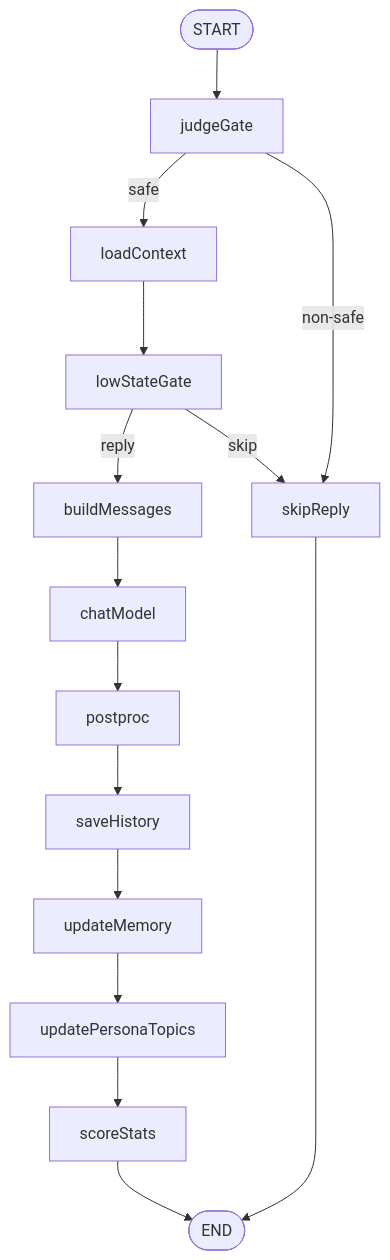
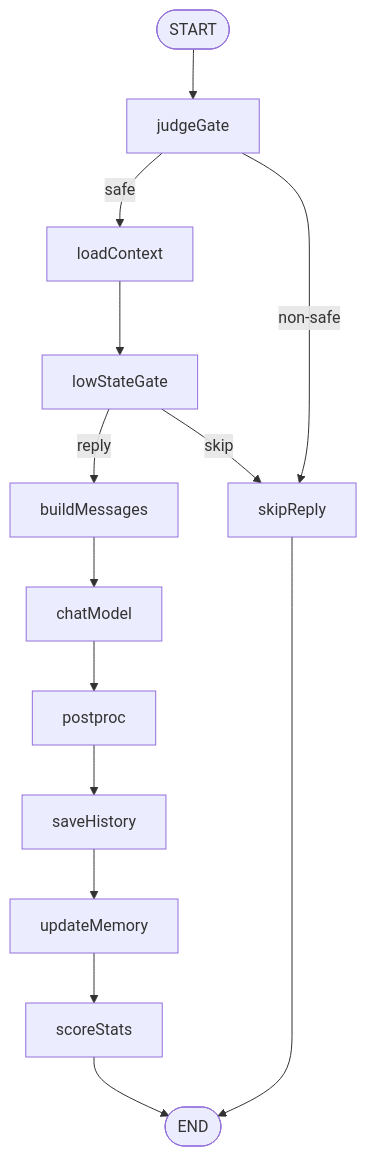
Before and after one commit to CoucouMonEcho/llm-bot: the second of 2 diagrams in README.md, drawn with Mermaid. The commit also changed other lines of this file and 44 other files, not shown here.

````diff
--- a/README.md
+++ b/README.md
@@ -34,14 +34,14 @@
 ```mermaid
 flowchart TD
     START([START]) --> judgeGate
     judgeGate -- safe --> loadContext
     judgeGate -- "non-safe" --> skipReply
     loadContext --> lowStateGate
     lowStateGate -- reply --> buildMessages
     lowStateGate -- skip --> skipReply
     buildMessages --> chatModel
     chatModel --> postproc
-    postproc --> saveHistory --> updateMemory --> updatePersonaTopics --> scoreStats
+    postproc --> saveHistory --> updateMemory --> scoreStats
     scoreStats --> END([END])
     skipReply[skipReply] --> END
 ```
````
